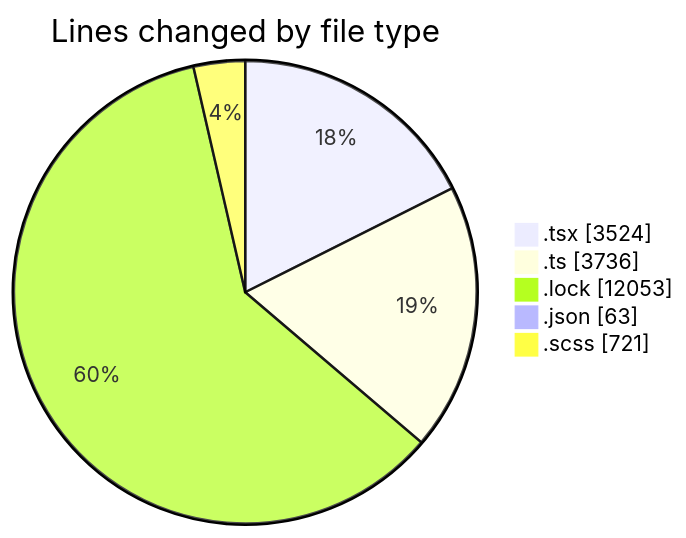
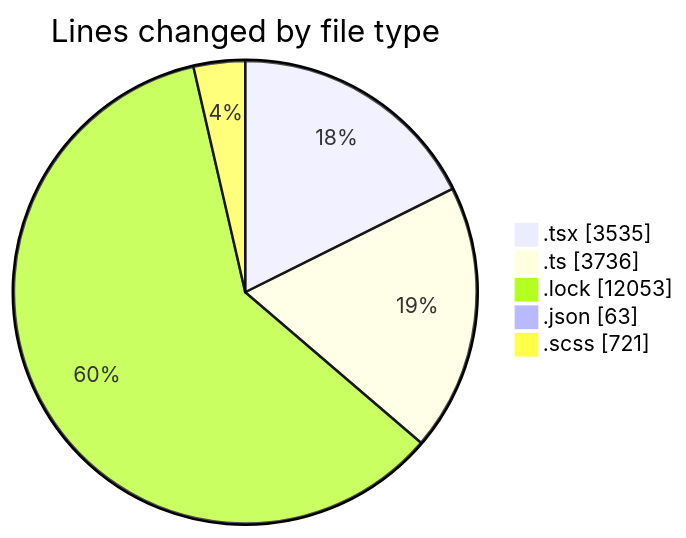
One commit to momahboobian/code-tracking changed the first of 2 diagrams in 2025-12-03/cda/README.md. Above: the diagram before and after it, drawn with Mermaid. The commit also changed other lines of this file and 1 other file, not shown here.

````diff
--- a/2025-12-03/cda/README.md
+++ b/2025-12-03/cda/README.md
@@ -32,9 +32,9 @@
 ```mermaid
 pie showData
 title Lines changed by file type
-".tsx" : 3524
+".tsx" : 3535
 ".ts" : 3736
 ".lock" : 12053
 ".json" : 63
 ".scss" : 721
 ```
````
